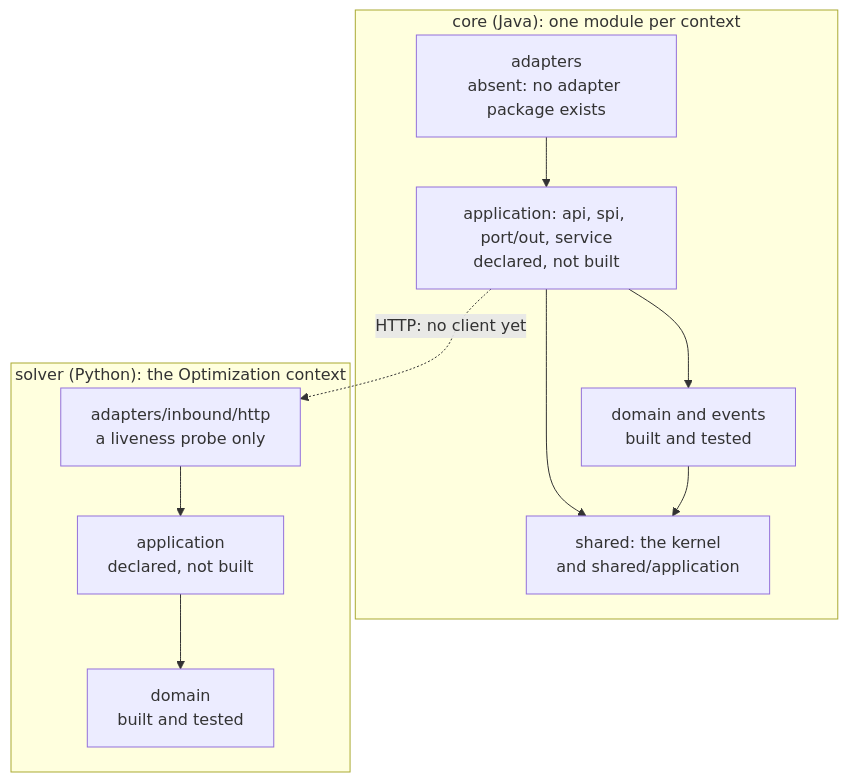
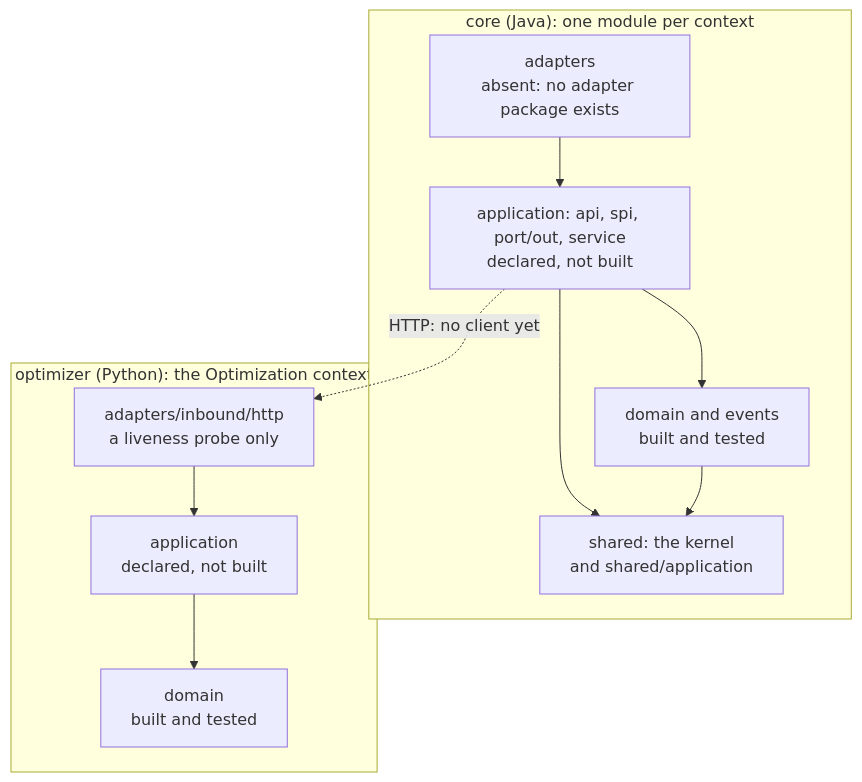
One commit to NaimElijah/DispatchFlow changed the first of 29 diagrams in docs/architecture/domain_layer/domain_layer_visual_guide.md. Above: the diagram before and after it, drawn with Mermaid. The commit also changed other lines of this file and 158 other files, not shown here.

First line of the commit message:
refactor: rename the solver service to optimizer

````diff
--- a/docs/architecture/domain_layer/domain_layer_visual_guide.md
+++ b/docs/architecture/domain_layer/domain_layer_visual_guide.md
@@ -58,21 +57,21 @@
 ```mermaid
 flowchart TB
   subgraph CORE["core (Java): one module per context"]
     CADP["adapters<br/>absent: no adapter package exists"]
     CAPP["application: api, spi, port/out, service<br/>declared, not built"]
     CDOM["domain and events<br/>built and tested"]
     CKER["shared: the kernel<br/>and shared/application"]
     CADP --> CAPP
     CAPP --> CDOM
     CAPP --> CKER
     CDOM --> CKER
   end
-  subgraph SOLVER["solver (Python): the Optimization context"]
+  subgraph OPTIMIZER["optimizer (Python): the Optimization context"]
     SADP["adapters/inbound/http<br/>a liveness probe only"]
     SAPP["application<br/>declared, not built"]
     SDOM["domain<br/>built and tested"]
     SADP --> SAPP
     SAPP --> SDOM
   end
   CAPP -.->|"HTTP: no client yet"| SADP
 ```
````
